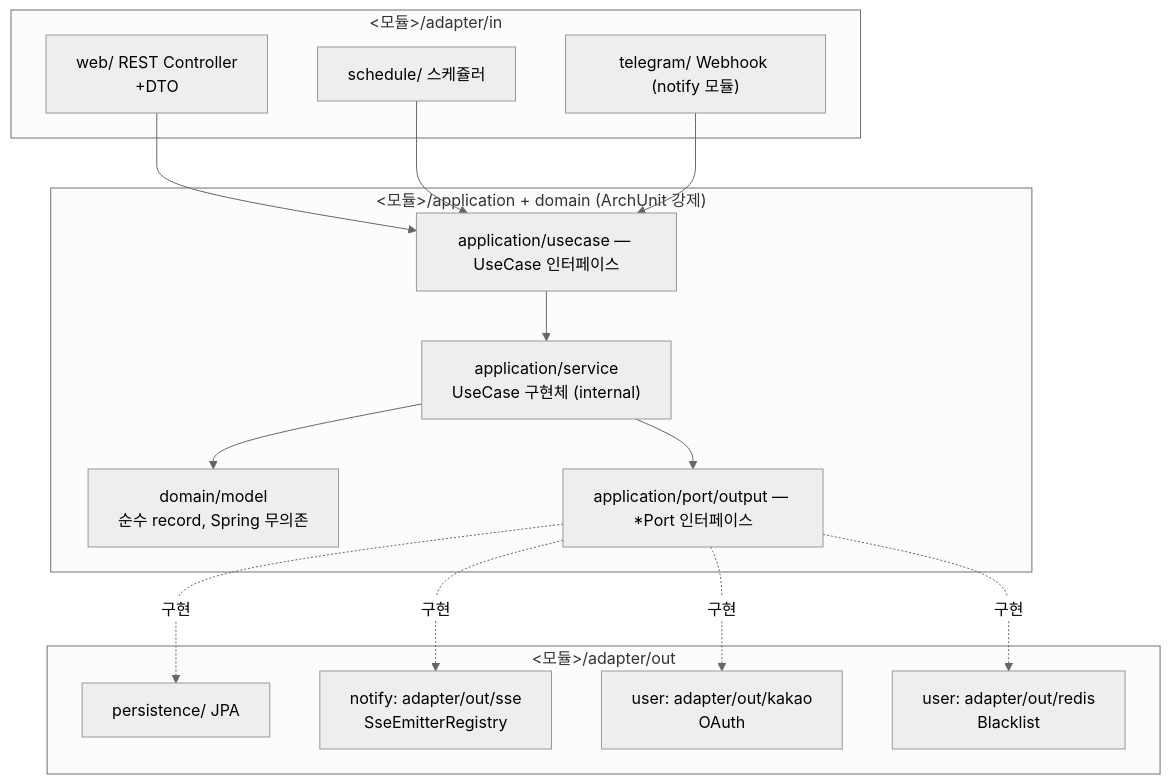
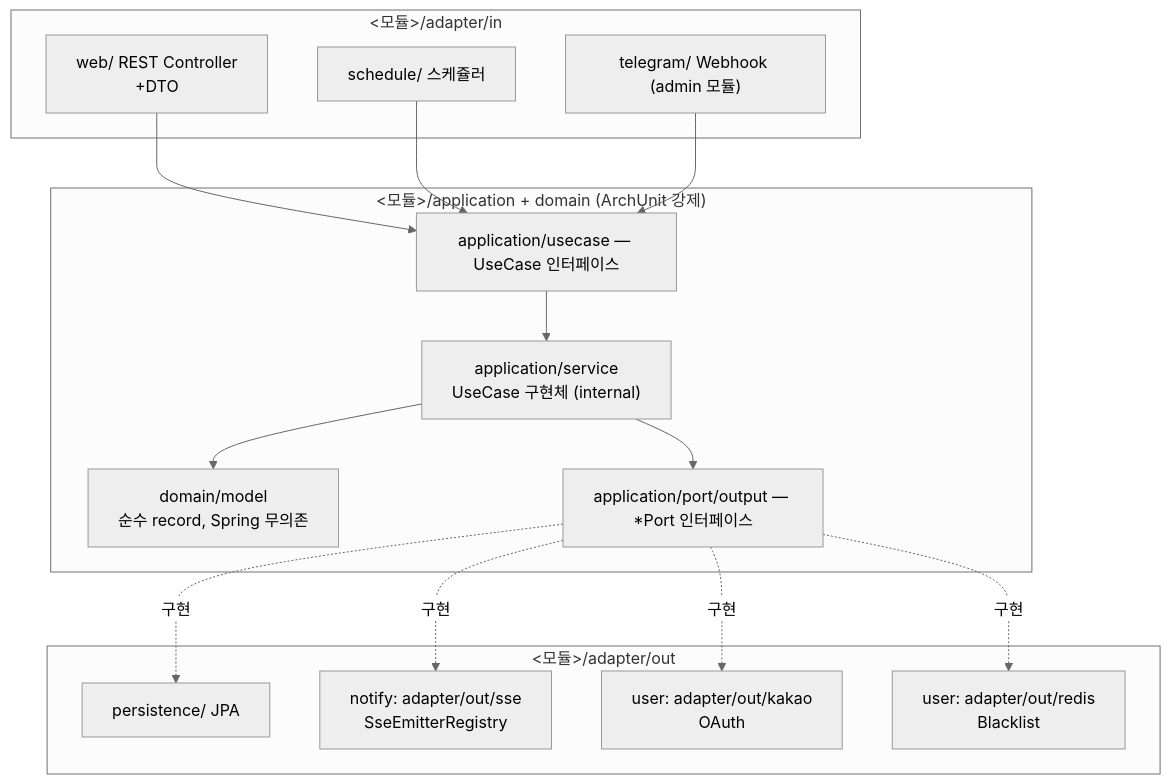
The first of 3 diagrams in README.md (narafu/kista-api), drawn with Mermaid (neutral theme) before and after one commit. The commit also changed other lines of this file and 99 other files, not shown here.

````diff
--- a/README.md
+++ b/README.md
@@ -27,33 +27,33 @@
 ```mermaid
 graph TB
     subgraph in["<모듈>/adapter/in"]
         web["web/ REST Controller\n+DTO"]
         schedule["schedule/ 스케쥴러"]
-        telegram_in["telegram/ Webhook (notify 모듈)"]
+        telegram_in["telegram/ Webhook (admin 모듈)"]
     end
 
     subgraph core["<모듈>/application + domain (ArchUnit 강제)"]
         usecase["application/usecase — UseCase 인터페이스"]
         service["application/service\nUseCase 구현체 (internal)"]
         domain["domain/model\n순수 record, Spring 무의존"]
         portout["application/port/output — *Port 인터페이스"]
     end
 
     subgraph out["<모듈>/adapter/out"]
         persistence["persistence/ JPA"]
         sse["notify: adapter/out/sse\nSseEmitterRegistry"]
         kakao_out["user: adapter/out/kakao\nOAuth"]
         redis_out["user: adapter/out/redis\nBlacklist"]
     end
 
     web --> usecase
     schedule --> usecase
     telegram_in --> usecase
     usecase --> service
     service --> domain
     service --> portout
     portout -.구현.-> persistence
     portout -.구현.-> sse
     portout -.구현.-> kakao_out
     portout -.구현.-> redis_out
 ```
````
